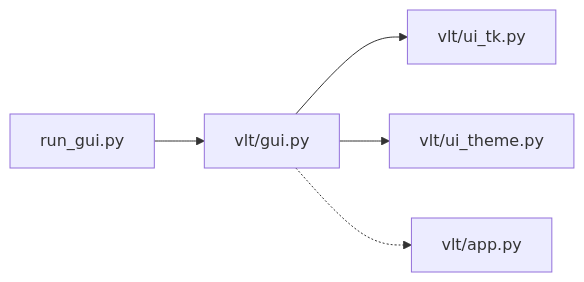
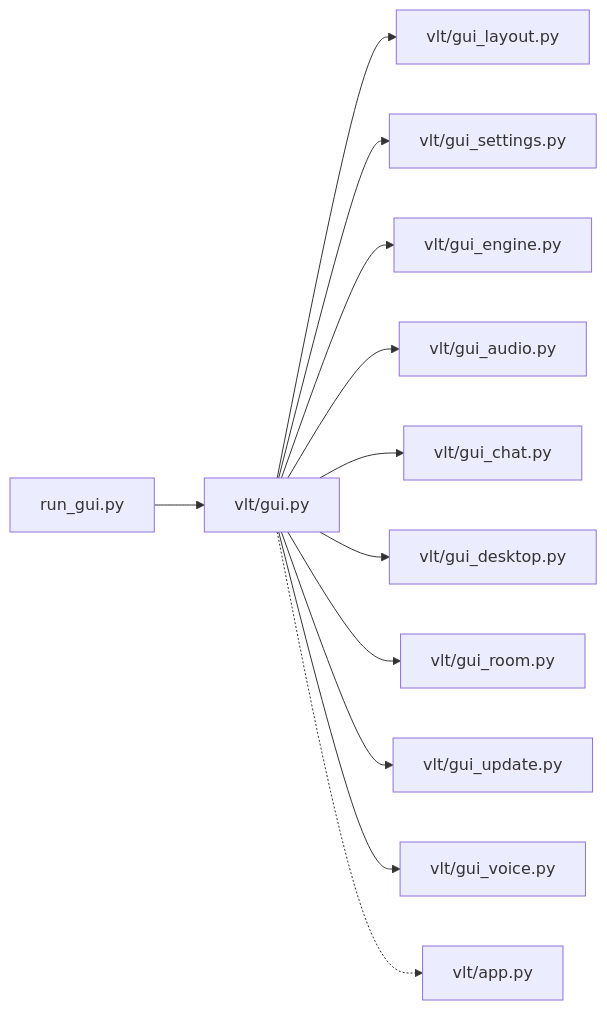
The seventh of 7 diagrams in .qoder/repowiki/zh/content/图形用户界面/Tkinter 界面架构.md (EMeowAGENT/vrchat-livetranslate), drawn with Mermaid before and after one commit. The commit also changed other lines of this file and 75 other files, not shown here.

````diff
--- a/.qoder/repowiki/zh/content/图形用户界面/Tkinter 界面架构.md
+++ b/.qoder/repowiki/zh/content/图形用户界面/Tkinter 界面架构.md
@@ -291,7 +333,14 @@
 ```mermaid
 graph LR
 RUN["run_gui.py"] --> GUI["vlt/gui.py"]
-GUI --> UI_TK["vlt/ui_tk.py"]
-GUI --> THEME["vlt/ui_theme.py"]
+GUI --> LAYOUT["vlt/gui_layout.py"]
+GUI --> SETTINGS["vlt/gui_settings.py"]
+GUI --> ENGINE["vlt/gui_engine.py"]
+GUI --> AUDIO["vlt/gui_audio.py"]
+GUI --> CHAT["vlt/gui_chat.py"]
+GUI --> DESKTOP["vlt/gui_desktop.py"]
+GUI --> ROOM["vlt/gui_room.py"]
+GUI --> UPDATE["vlt/gui_update.py"]
+GUI --> VOICE["vlt/gui_voice.py"]
 GUI -.-> APP["vlt/app.py"]
 ```
````
